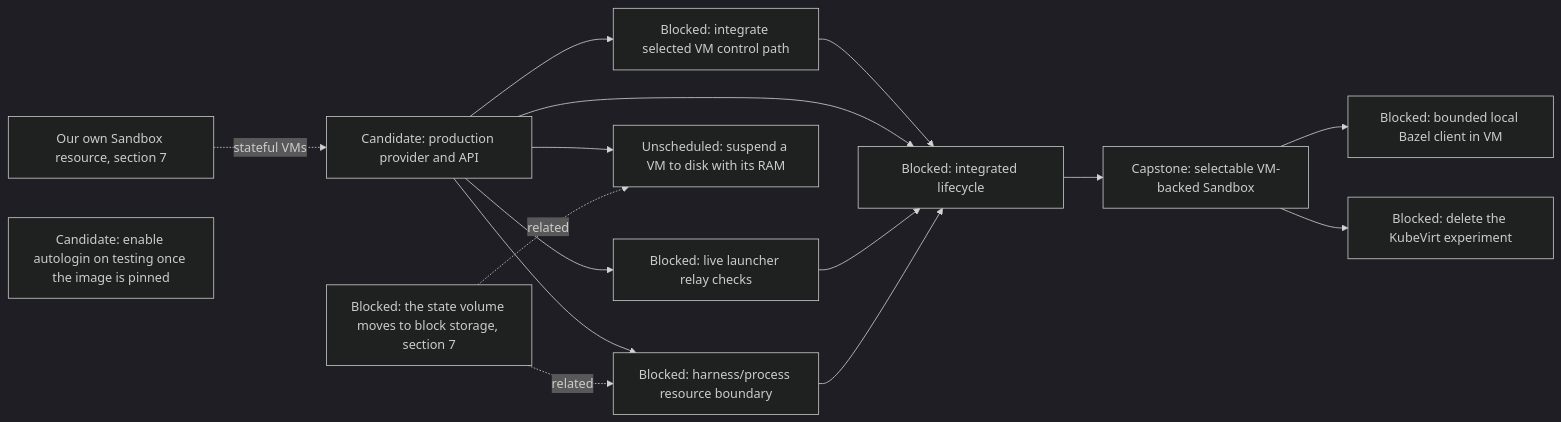
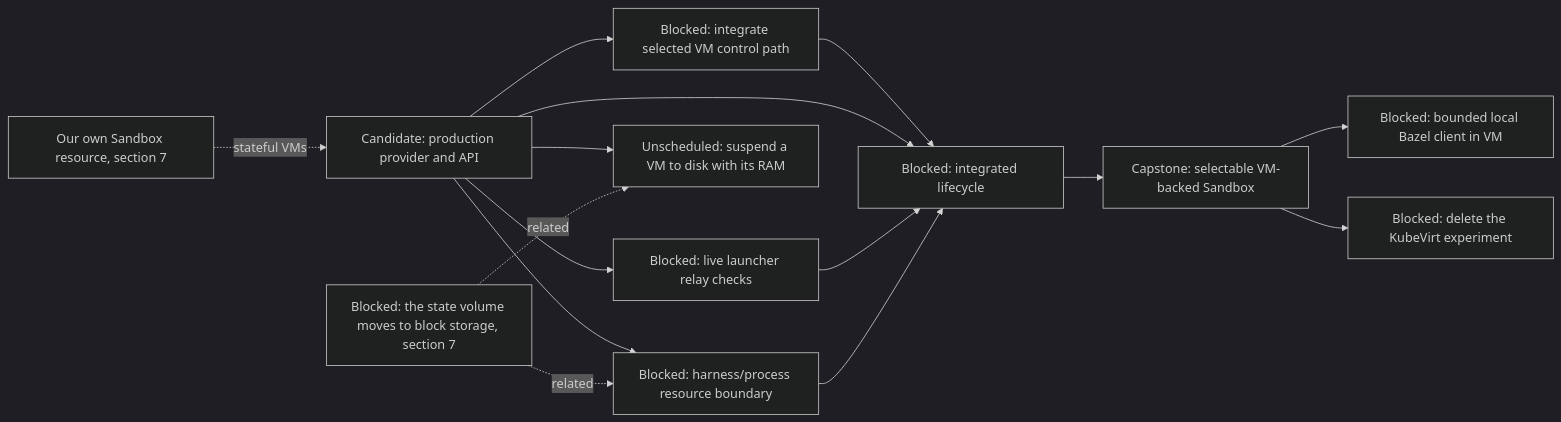
Before and after one commit to agentydragon-agent/ducktape: the sixth of 15 diagrams in agentplane/plans/task_dag.md, drawn with Mermaid (dark theme). The commit also changed other lines of this file and 2 other files, not shown here.

First line of the commit message:
agentplane: enable VM console autologin on testing (#10331)

````diff
--- a/agentplane/plans/task_dag.md
+++ b/agentplane/plans/task_dag.md
@@ -352,25 +352,24 @@
 ```mermaid
 flowchart LR
     VM_CONTROL_NETWORKING[Blocked: integrate selected VM control path]
     VM_PROVIDER[Candidate: production provider and API]
     AGENTPLANE_SANDBOX_RESOURCE[Our own Sandbox resource, section 7]
     VM_EGRESS[Blocked: live launcher relay checks]
-    VM_CONSOLE_AUTOLOGIN[Candidate: enable autologin on testing once the image is pinned]
     VM_RAM_SUSPEND[Unscheduled: suspend a VM to disk with its RAM]
     VM_PROCESS_ISOLATION[Blocked: harness/process resource boundary]
     VM_LIFECYCLE[Blocked: integrated lifecycle]
     VM_PROVIDER --> VM_CONTROL_NETWORKING
     AGENTPLANE_SANDBOX_RESOURCE -. stateful VMs .-> VM_PROVIDER
     VM_CONTROL_NETWORKING --> VM_LIFECYCLE
     VM_PROVIDER --> VM_PROCESS_ISOLATION
     VM_PROVIDER --> VM_LIFECYCLE
     VM_PROVIDER --> VM_EGRESS
     VM_PROVIDER --> VM_RAM_SUSPEND
     STATE_VOLUME_BLOCK[Blocked: the state volume moves to block storage, section 7] -. related .-> VM_PROCESS_ISOLATION
     STATE_VOLUME_BLOCK -. related .-> VM_RAM_SUSPEND
     VM_EGRESS --> VM_LIFECYCLE
     VM_PROCESS_ISOLATION --> VM_LIFECYCLE
     VM_LIFECYCLE --> SANDBOX_VM_ISOLATION[Capstone: selectable VM-backed Sandbox]
     SANDBOX_VM_ISOLATION --> LOCAL_BAZEL[Blocked: bounded local Bazel client in VM]
     SANDBOX_VM_ISOLATION --> KUBEVIRT_EXPERIMENT_RETIRE[Blocked: delete the KubeVirt experiment]
 ```
````
